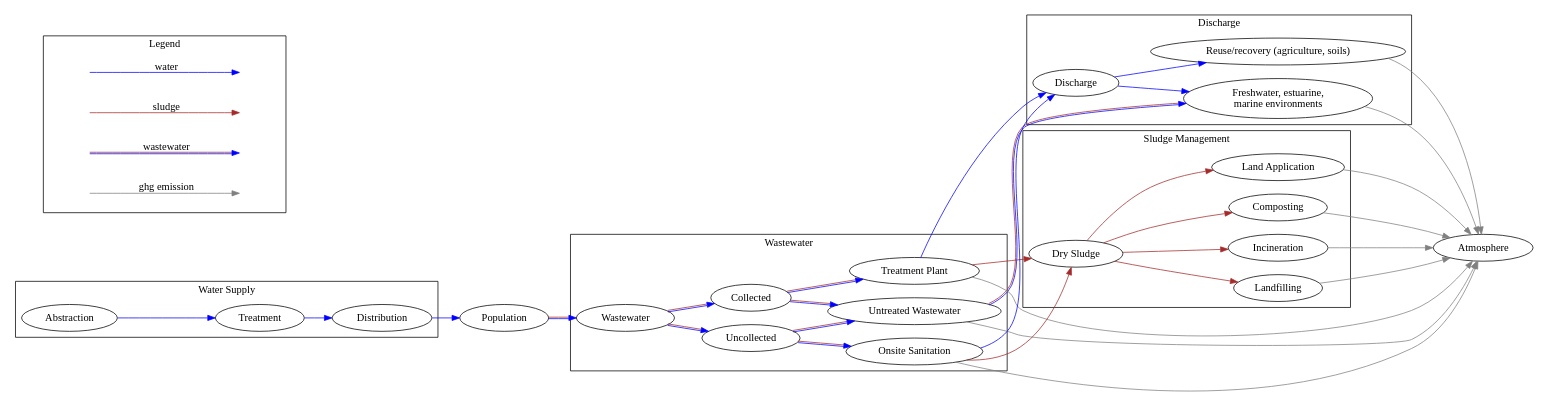
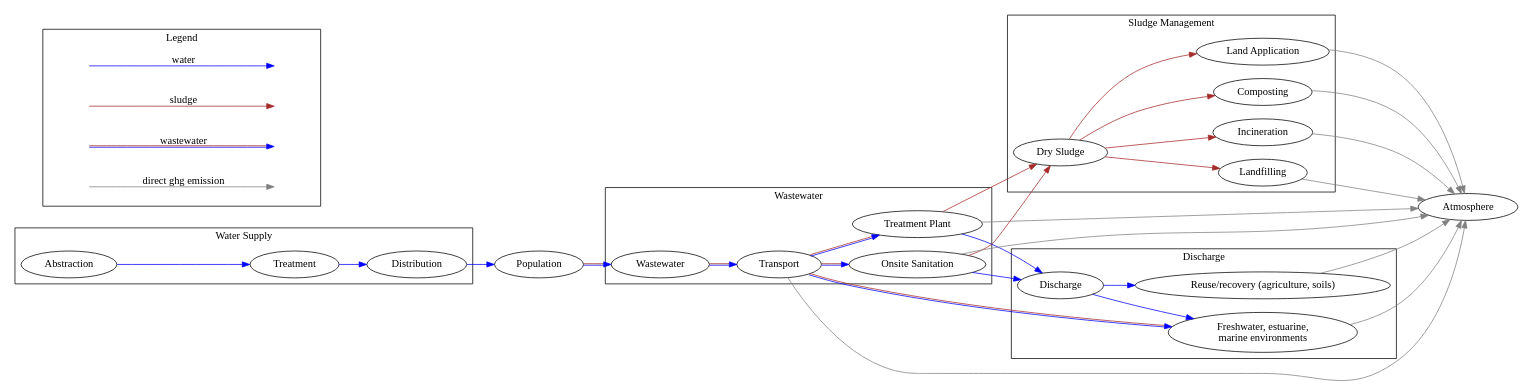
One commit to icra/ecam changed the diagram in v3/frontend/diagram/map.dot. Above: the diagram before and after it, drawn with Graphviz. The commit also changed 21 other files, not shown here.

```diff
--- a/v3/frontend/diagram/map.dot
+++ b/v3/frontend/diagram/map.dot
@@ -1,71 +1,70 @@
 digraph MyGraph {
   rankdir="LR";
 
   wsa [label="Abstraction"]
   wst [label="Treatment"]
   wsd [label="Distribution"]
   pop [label="Population"]
   ww  [label="Wastewater"]
-  unc [label="Uncollected"]
-  col [label="Collected"]
-  unt [label="Untreated Wastewater"]
+  tra [label="Transport"]
+
   wwt [label="Treatment Plant"]
   ons [label="Onsite Sanitation"]
+
   dis [label="Discharge"]
   riv [label="Freshwater, estuarine,\nmarine environments"]
   reu [label="Reuse/recovery (agriculture, soils)"]
   slu [label="Dry Sludge"]
   inc [label="Incineration"]
   laf [label="Landfilling"]
   lap [label="Land Application"]
   com [label="Composting"]
 
   subgraph cluster_ws {
     label="Water Supply"
     wsa -> wst -> wsd [color="blue"]
   }
 
   wsd -> pop [color="blue"]
   pop -> ww  [color="blue:brown"]
 
   subgraph cluster_ww{
     label="Wastewater"
-    ww  -> {unc col} [color="blue:brown"]
-    unc -> {unt ons} [color="blue:brown"]
-    col -> {unt wwt} [color="blue:brown"]
+    ww  -> tra [color="blue:brown"]
+    tra -> {wwt ons} [color="blue:brown"]
   }
 
   subgraph cluster_dis {
     label="Discharge"
-    unt -> riv [color="blue:brown"]
+    tra -> riv [color="blue:brown"]
     ons -> dis [color="blue"]
     wwt -> dis [color="blue"]
     dis -> riv [color="blue"]
     dis -> reu [color="blue"]
   }
 
   subgraph cluster_sm{
     label="Sludge Management"
     {ons wwt} -> slu               [color="brown"]
     slu       -> {inc laf lap com} [color="brown"]
   }
 
   subgraph cluster_legend {
     rankdi="LR"
     label="Legend"
     legend_a[label="",shape="none"]
     legend_b[label="",shape="none"]
     legend_c[label="",shape="none"]
     legend_d[label="",shape="none"]
     legend_e[label="",shape="none"]
     legend_f[label="",shape="none"]
     legend_g[label="",shape="none"]
     legend_h[label="",shape="none"]
     legend_a -> legend_b [color="blue",       label="water"]
     legend_c -> legend_d [color="brown",      label="sludge"]
     legend_e -> legend_f [color="blue:brown", label="wastewater"]
-    legend_g -> legend_h [color="grey",       label="ghg emission"]
+    legend_g -> legend_h [color="grey",       label="direct ghg emission"]
   }
 
-  {unt wwt ons riv reu inc laf lap com} -> Atmosphere [color="grey"]
+  {tra wwt ons riv reu inc laf lap com} -> Atmosphere [color="grey"]
 }
```
